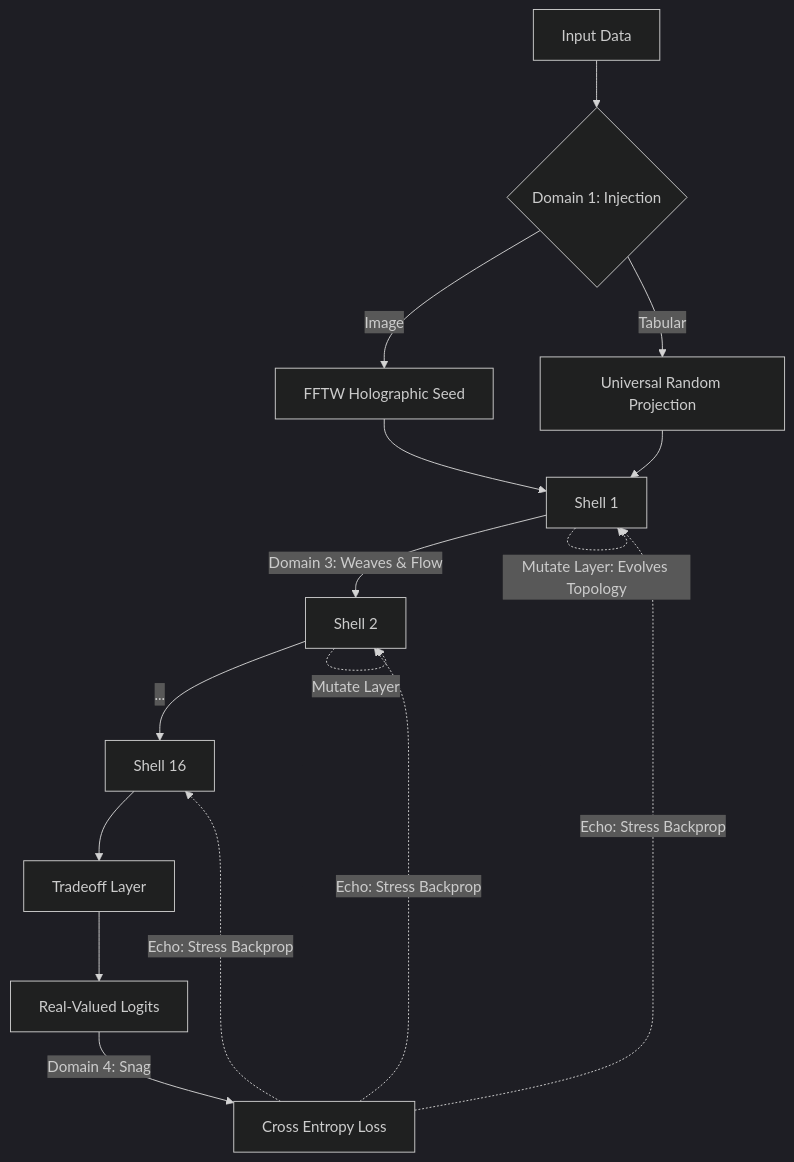
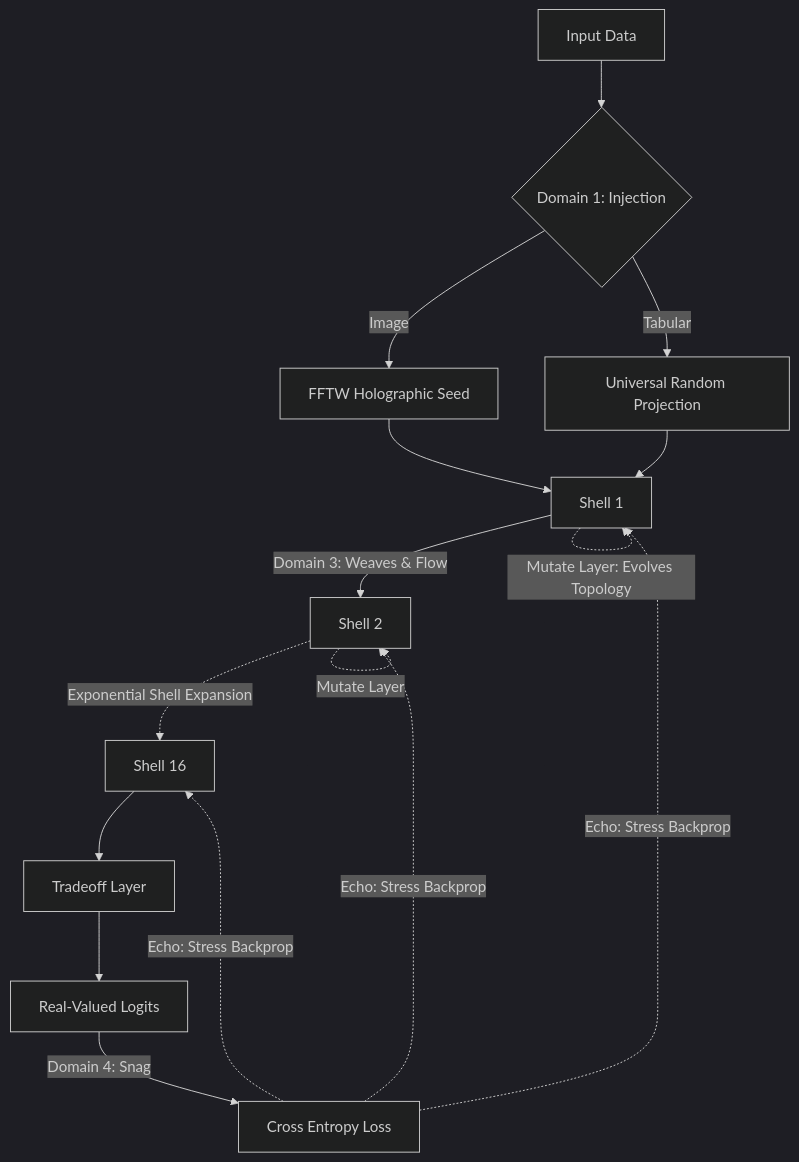
Before and after one commit to AnshumanJ28/Radical-Network-RadNET: the fifth of 7 diagrams in README.md, drawn with Mermaid (dark theme).

````diff
--- a/README.md
+++ b/README.md
@@ -128,20 +128,20 @@
 ```mermaid
 graph TD
     A[Input Data] --> B{Domain 1: Injection}
     B -->|Image| C[FFTW Holographic Seed]
     B -->|Tabular| D[Universal Random Projection]
     C --> E[Shell 1]
     D --> E
     E -->|Domain 3: Weaves & Flow| F[Shell 2]
-    F -->|...| G[Shell 16]
+    F -.->|"Exponential Shell Expansion"| G["Shell 16"]
     G --> H[Tradeoff Layer]
     H --> I[Real-Valued Logits]
     I -->|Domain 4: Snag| J[Cross Entropy Loss]
     
     J -.->|Echo: Stress Backprop| E
     J -.->|Echo: Stress Backprop| F
     J -.->|Echo: Stress Backprop| G
     
     E -.->|Mutate Layer: Evolves Topology| E
     F -.->|Mutate Layer| F
 ```
````
